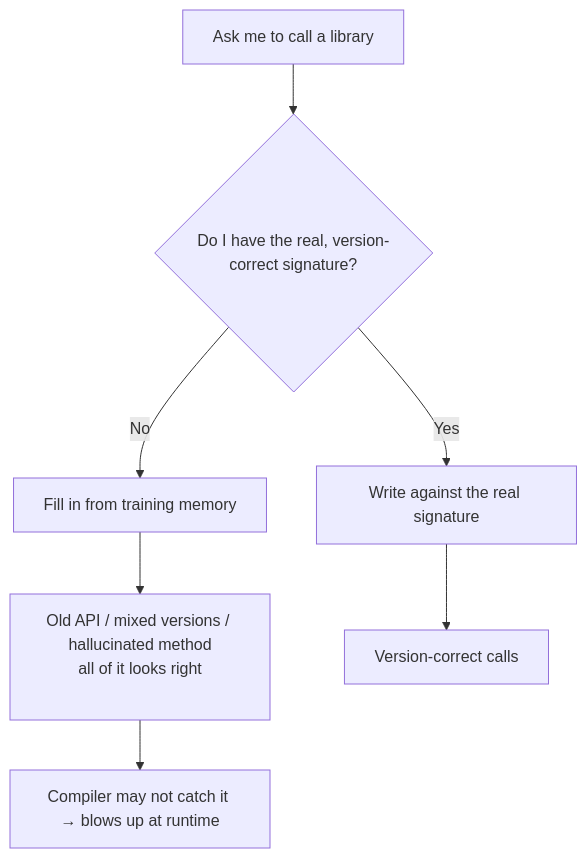
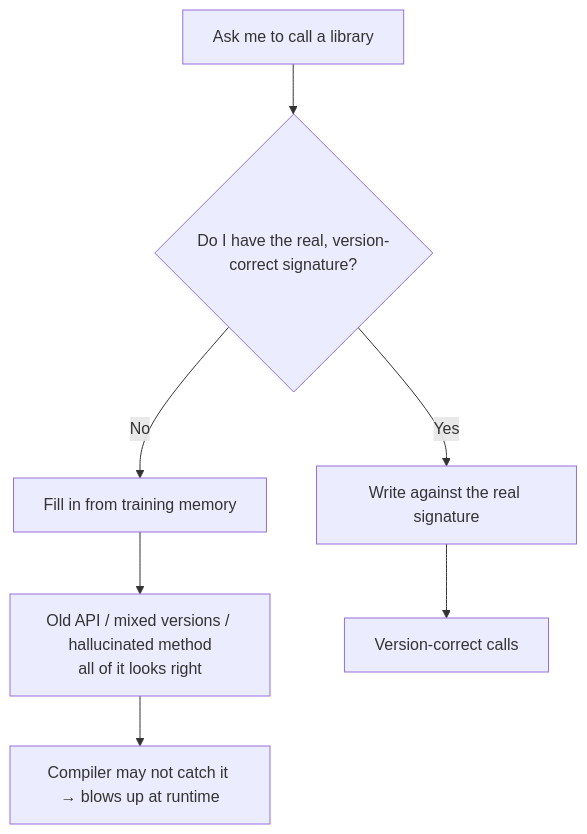
One commit to XuebinMa/AIWiki changed the diagram in i18n/en/docusaurus-plugin-content-docs/current/05-implementation/hallucinated-api-version-drift.mdx. Above: the diagram before and after it, drawn with Mermaid. The commit also changed 99 other files, not shown here.

First line of the commit message:
fix(mermaid): 全局根治节点文字裁切（htmlLabels:false + 清理 br/nbsp 占位）(#26)

````diff
--- a/i18n/en/docusaurus-plugin-content-docs/current/05-implementation/hallucinated-api-version-drift.mdx
+++ b/i18n/en/docusaurus-plugin-content-docs/current/05-implementation/hallucinated-api-version-drift.mdx
@@ -43,9 +43,9 @@
 ```mermaid
 flowchart TD
     A[Ask me to call a library] --> B{Do I have the real, version-correct signature?}
     B -- No --> C[Fill in from training memory]
-    C --> D["Old API / mixed versions / hallucinated method<br/>all of it looks right<br/>&nbsp;"]
+    C --> D["Old API / mixed versions / hallucinated method<br/>all of it looks right"]
     D --> E[Compiler may not catch it → blows up at runtime]
     B -- Yes --> F[Write against the real signature]
     F --> G[Version-correct calls]
 ```
````
